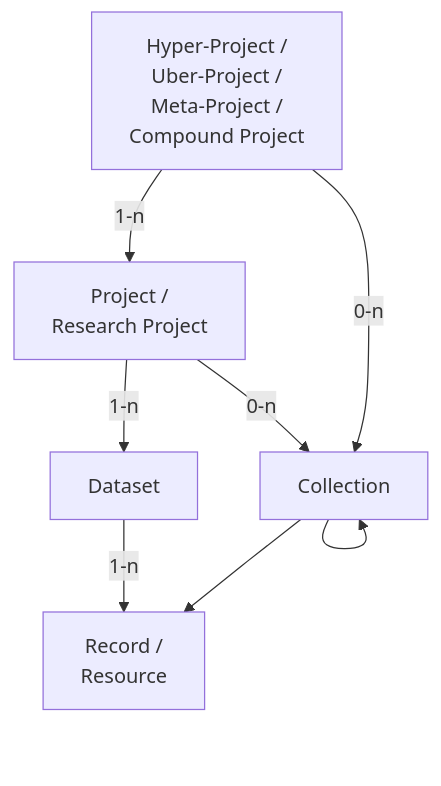
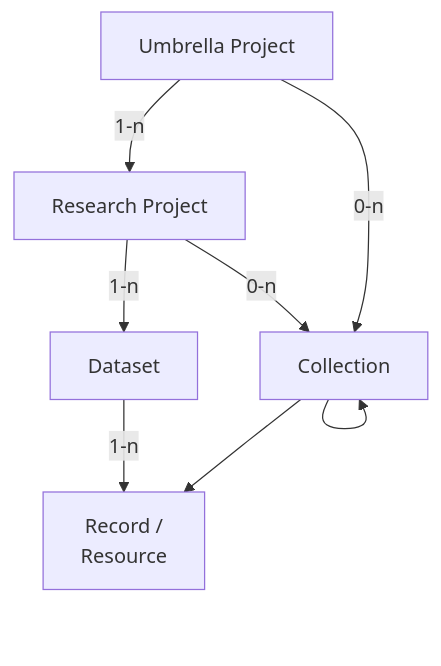
One commit to dasch-swiss/dsp-meta changed the first of 2 diagrams in docs/data/provisional-datamodel.md. Above: the diagram before and after it, drawn with Mermaid. The commit also changed other lines of this file, not shown here.

````diff
--- a/docs/data/provisional-datamodel.md
+++ b/docs/data/provisional-datamodel.md
@@ -21,11 +21,11 @@
 ```mermaid
 
 flowchart TD
-    hyper-project[Hyper-Project /<br/>Uber-Project /<br/>Meta-Project /<br/>Compound Project] -->|1-n| project[Project /<br/>Research Project]
+    hyper-project[Umbrella Project] -->|1-n| project[Research Project]
     project -->|1-n| dataset[Dataset]
     dataset -->|1-n| record[Record /<br/>Resource]
     project -->|0-n| collection[Collection]
     collection --> collection
     hyper-project -->|0-n| collection
     collection --> record
 ```
````
